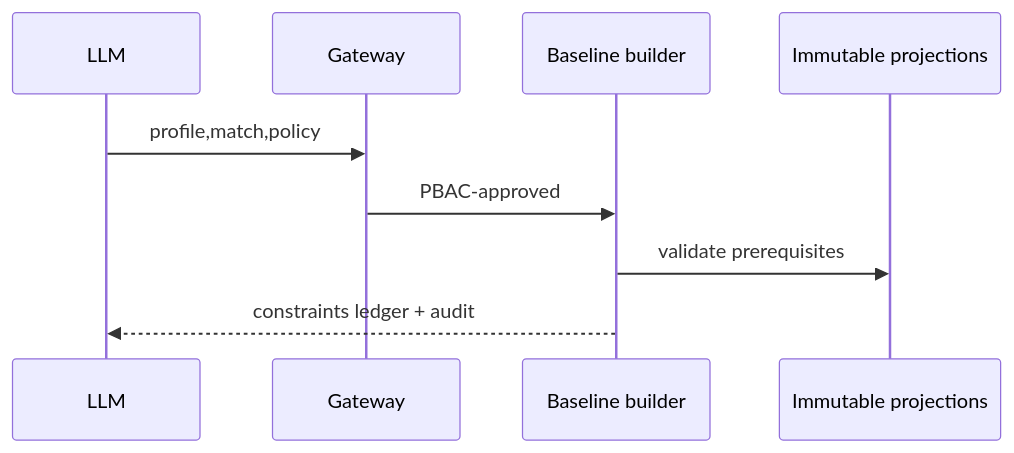
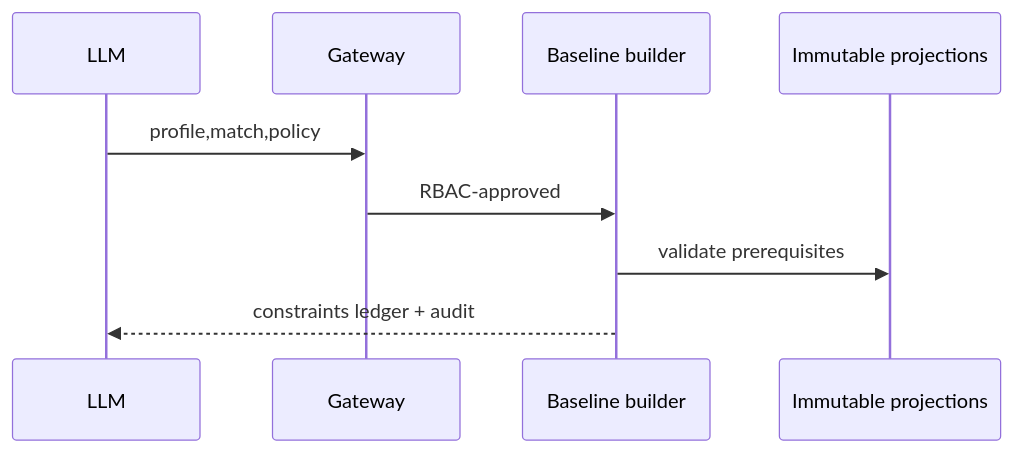
One commit to khovan123/LCSP changed the diagram in docs/implementation/tasks/modules/agentic-evidence-tools/packets/ao-5-05-get-classification-baseline.md. Above: the diagram before and after it, drawn with Mermaid. The commit also changed other lines of this file and 519 other files, not shown here.

````diff
--- a/docs/implementation/tasks/modules/agentic-evidence-tools/packets/ao-5-05-get-classification-baseline.md
+++ b/docs/implementation/tasks/modules/agentic-evidence-tools/packets/ao-5-05-get-classification-baseline.md
@@ -36,11 +36,11 @@
 ```mermaid
 sequenceDiagram
 participant L as LLM
 participant G as Gateway
 participant B as Baseline builder
 participant P as Immutable projections
 L->>G: profile,match,policy
-G->>B: PBAC-approved
+G->>B: RBAC-approved
 B->>P: validate prerequisites
 B-->>L: constraints ledger + audit
 ```
````
